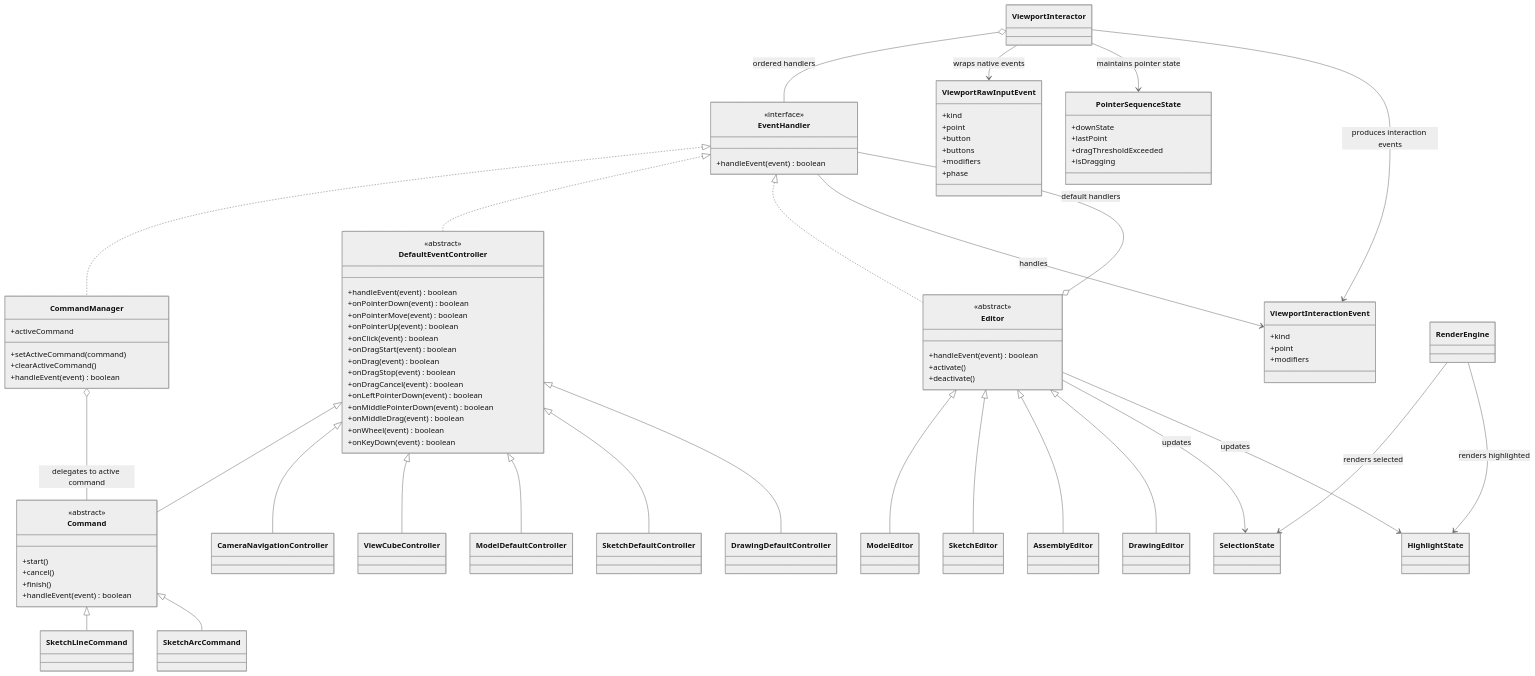
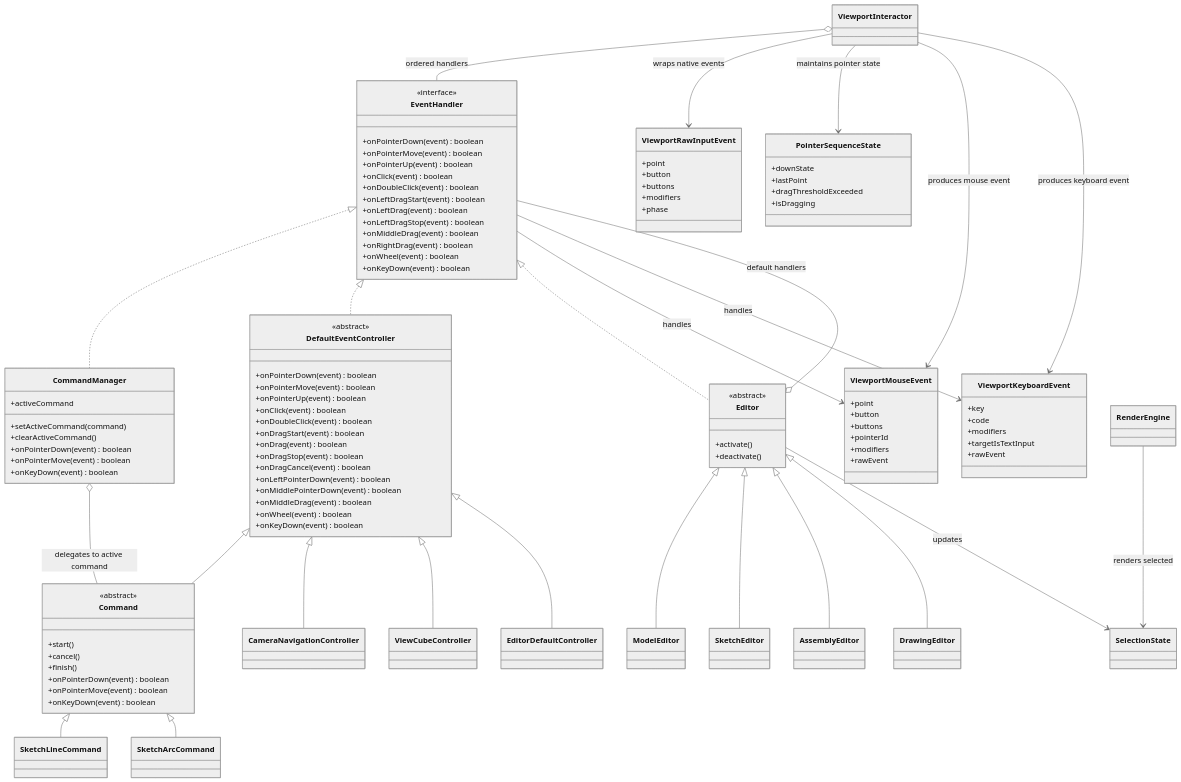
The diagram in docs/2026-06-12 视口事件系统架构重构草案.md (genewanggang-sudo/occt-draw-web), drawn with Mermaid (neutral theme) before and after one commit. The commit also changed other lines of this file, not shown here.

Commit message:
docs: settle viewport event refactor scope

````diff
--- a/docs/2026-06-12 视口事件系统架构重构草案.md
+++ b/docs/2026-06-12 视口事件系统架构重构草案.md
@@ -37,11 +92,21 @@
 classDiagram
     class EventHandler {
       <<interface>>
-      +handleEvent(event) boolean
+      +onPointerDown(event) boolean
+      +onPointerMove(event) boolean
+      +onPointerUp(event) boolean
+      +onClick(event) boolean
+      +onDoubleClick(event) boolean
+      +onLeftDragStart(event) boolean
+      +onLeftDrag(event) boolean
+      +onLeftDragStop(event) boolean
+      +onMiddleDrag(event) boolean
+      +onRightDrag(event) boolean
+      +onWheel(event) boolean
+      +onKeyDown(event) boolean
     }
 
     class ViewportRawInputEvent {
-      +kind
       +point
       +button
       +buttons
@@ -49,10 +114,21 @@
       +phase
     }
 
-    class ViewportInteractionEvent {
-      +kind
+    class ViewportMouseEvent {
       +point
+      +button
+      +buttons
+      +pointerId
       +modifiers
+      +rawEvent
+    }
+
+    class ViewportKeyboardEvent {
+      +key
+      +code
+      +modifiers
+      +targetIsTextInput
+      +rawEvent
     }
 
     class PointerSequenceState {
@@ -64,11 +140,11 @@
 
     class DefaultEventController {
       <<abstract>>
-      +handleEvent(event) boolean
       +onPointerDown(event) boolean
       +onPointerMove(event) boolean
       +onPointerUp(event) boolean
       +onClick(event) boolean
+      +onDoubleClick(event) boolean
       +onDragStart(event) boolean
       +onDrag(event) boolean
       +onDragStop(event) boolean
@@ -84,7 +160,9 @@
       +activeCommand
       +setActiveCommand(command)
       +clearActiveCommand()
-      +handleEvent(event) boolean
+      +onPointerDown(event) boolean
+      +onPointerMove(event) boolean
+      +onKeyDown(event) boolean
     }
 
     class Command {
@@ -92,7 +170,9 @@
       +start()
       +cancel()
       +finish()
-      +handleEvent(event) boolean
+      +onPointerDown(event) boolean
+      +onPointerMove(event) boolean
+      +onKeyDown(event) boolean
     }
 
     class SketchLineCommand
@@ -103,7 +183,6 @@
     class ViewportInteractor
     class Editor {
       <<abstract>>
-      +handleEvent(event) boolean
       +activate()
       +deactivate()
     }
@@ -111,11 +190,8 @@
     class SketchEditor
     class AssemblyEditor
     class DrawingEditor
-    class ModelDefaultController
-    class SketchDefaultController
-    class DrawingDefaultController
+    class EditorDefaultController
     class SelectionState
-    class HighlightState
     class RenderEngine
 
     EventHandler <|.. CommandManager
@@ -127,9 +203,7 @@
     Command <|-- SketchArcCommand
     DefaultEventController <|-- CameraNavigationController
     DefaultEventController <|-- ViewCubeController
-    DefaultEventController <|-- ModelDefaultController
-    DefaultEventController <|-- SketchDefaultController
-    DefaultEventController <|-- DrawingDefaultController
+    DefaultEventController <|-- EditorDefaultController
     Editor <|-- ModelEditor
     Editor <|-- SketchEditor
     Editor <|-- AssemblyEditor
@@ -138,12 +212,12 @@
     ViewportInteractor o-- EventHandler : ordered handlers
     ViewportInteractor --> ViewportRawInputEvent : wraps native events
     ViewportInteractor --> PointerSequenceState : maintains pointer state
-    ViewportInteractor --> ViewportInteractionEvent : produces interaction events
-    EventHandler --> ViewportInteractionEvent : handles
+    ViewportInteractor --> ViewportMouseEvent : produces mouse event
+    ViewportInteractor --> ViewportKeyboardEvent : produces keyboard event
+    EventHandler --> ViewportMouseEvent : handles
+    EventHandler --> ViewportKeyboardEvent : handles
     CommandManager o-- Command : delegates to active command
     Editor o-- EventHandler : default handlers
     Editor --> SelectionState : updates
-    Editor --> HighlightState : updates
     RenderEngine --> SelectionState : renders selected
-    RenderEngine --> HighlightState : renders highlighted
 ```
````
